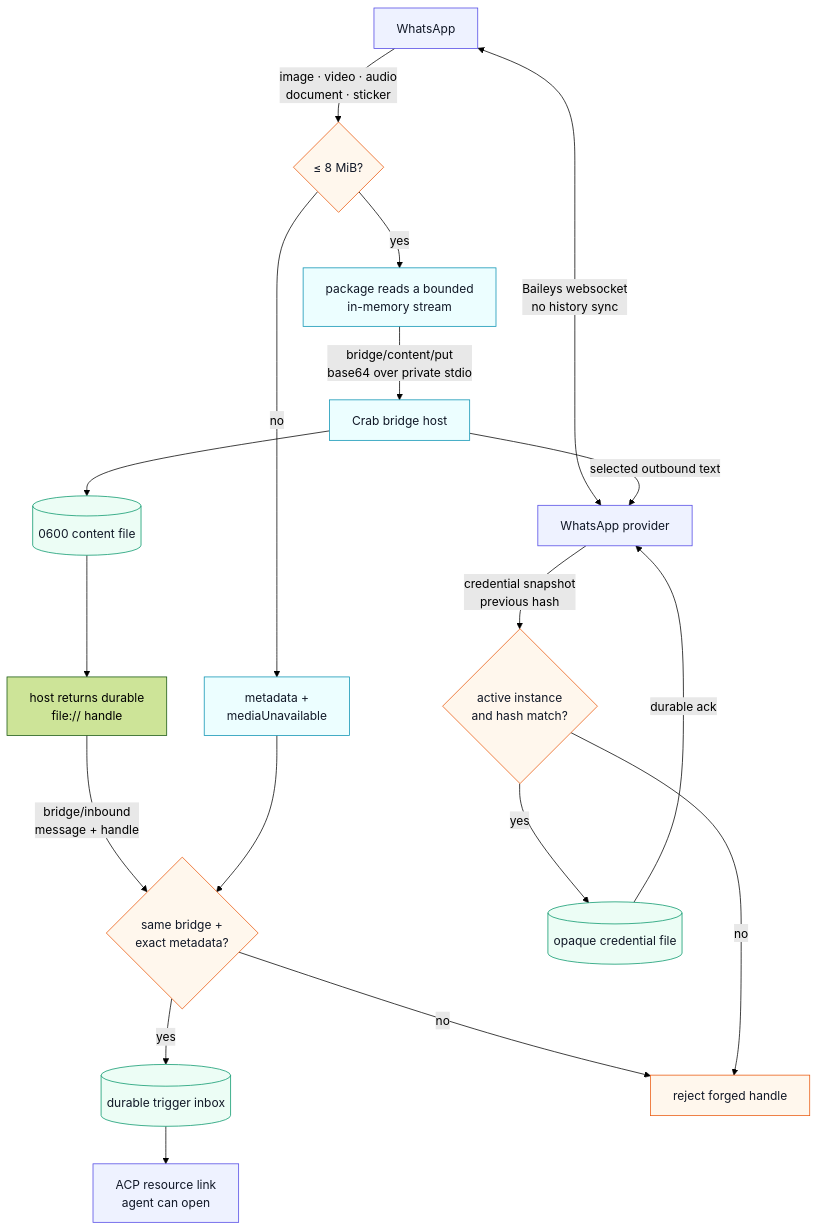
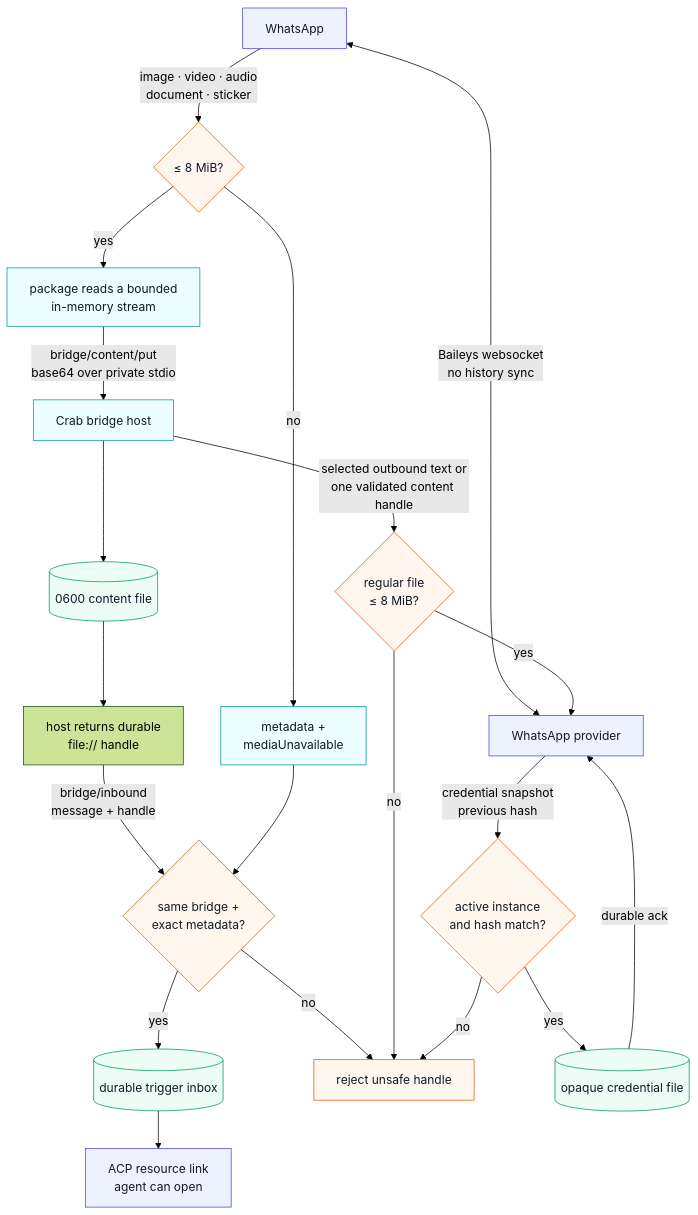
Before and after one commit to fontanierh/crab: the diagram in v2/bridges/whatsapp/architecture.mmd, drawn with Mermaid (forest theme). The commit also changed 5 other files, not shown here.

```diff
--- a/v2/bridges/whatsapp/architecture.mmd
+++ b/v2/bridges/whatsapp/architecture.mmd
@@ -1,28 +1,30 @@
 flowchart TB
     WA["WhatsApp"] <-->|"Baileys websocket<br/>no history sync"| PKG["WhatsApp provider"]
     WA -->|"image · video · audio<br/>document · sticker"| LIMIT{"≤ 8 MiB?"}
     LIMIT -->|yes| STREAM["package reads a bounded<br/>in-memory stream"]
     STREAM -->|"bridge/content/put<br/>base64 over private stdio"| HOST["Crab bridge host"]
     HOST --> PRIVATE[("0600 content file")]
     PRIVATE --> HANDLE["host returns durable<br/>file:// handle"]
     HANDLE -->|"bridge/inbound<br/>message + handle"| VALIDATE{"same bridge +<br/>exact metadata?"}
     VALIDATE -->|yes| INBOX[("durable trigger inbox")]
     INBOX --> ACP["ACP resource link<br/>agent can open"]
     LIMIT -->|no| META["metadata +<br/>mediaUnavailable"]
     META --> VALIDATE
-    VALIDATE -->|no| REJECT["reject forged handle"]
+    VALIDATE -->|no| REJECT["reject unsafe handle"]
 
-    HOST -->|"selected outbound text"| PKG
+    HOST -->|"selected outbound text or<br/>one validated content handle"| OUT{"regular file<br/>≤ 8 MiB?"}
+    OUT -->|yes| PKG
+    OUT -->|no| REJECT
     PKG -->|"credential snapshot<br/>previous hash"| CAS{"active instance<br/>and hash match?"}
     CAS -->|yes| CREDS[("opaque credential file")]
     CREDS -->|"durable ack"| PKG
     CAS -->|no| REJECT
 
     classDef service fill:#eef2ff,stroke:#4f46e5,color:#111827;
     classDef action fill:#ecfeff,stroke:#0891b2,color:#111827;
     classDef durable fill:#ecfdf5,stroke:#059669,color:#111827;
     classDef guard fill:#fff7ed,stroke:#ea580c,color:#111827;
     class WA,PKG,ACP service;
     class STREAM,HOST,META action;
     class PRIVATE,INBOX,CREDS durable;
-    class LIMIT,VALIDATE,CAS,REJECT guard;
+    class LIMIT,VALIDATE,OUT,CAS,REJECT guard;
```
